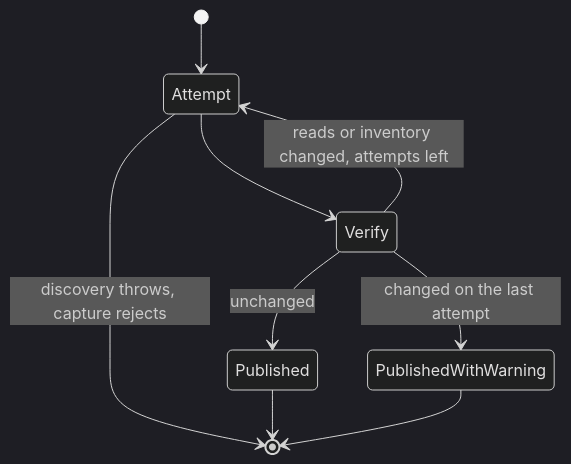
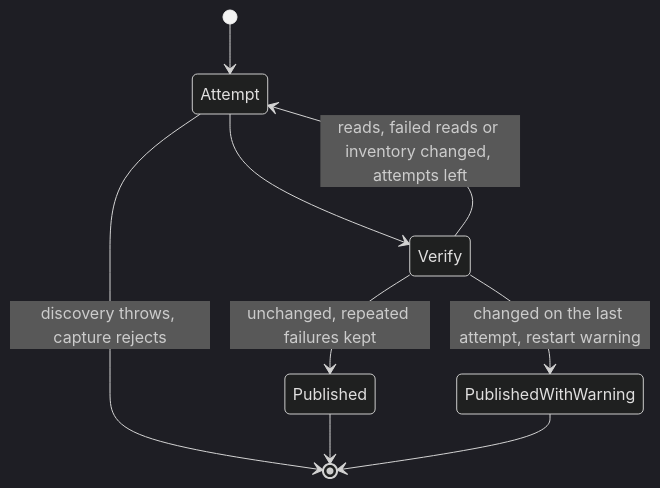
The second of 6 diagrams in docs/state-machines.md (lunchbox-labs/opencode-prompt-composer), drawn with Mermaid (dark theme) before and after one commit. The commit also changed other lines of this file, not shown here.

First line of the commit message:
Document the snippet re-read and the skill command include warning

````diff
--- a/docs/state-machines.md
+++ b/docs/state-machines.md
@@ -30,11 +36,11 @@
 ```mermaid
 stateDiagram-v2
     [*] --> Attempt
     Attempt --> [*]: discovery throws, capture rejects
     Attempt --> Verify
-    Verify --> Attempt: reads or inventory changed, attempts left
-    Verify --> Published: unchanged
-    Verify --> PublishedWithWarning: changed on the last attempt
+    Verify --> Attempt: reads, failed reads or inventory changed, attempts left
+    Verify --> Published: unchanged, repeated failures kept
+    Verify --> PublishedWithWarning: changed on the last attempt, restart warning
     Published --> [*]
     PublishedWithWarning --> [*]
 ```
````
